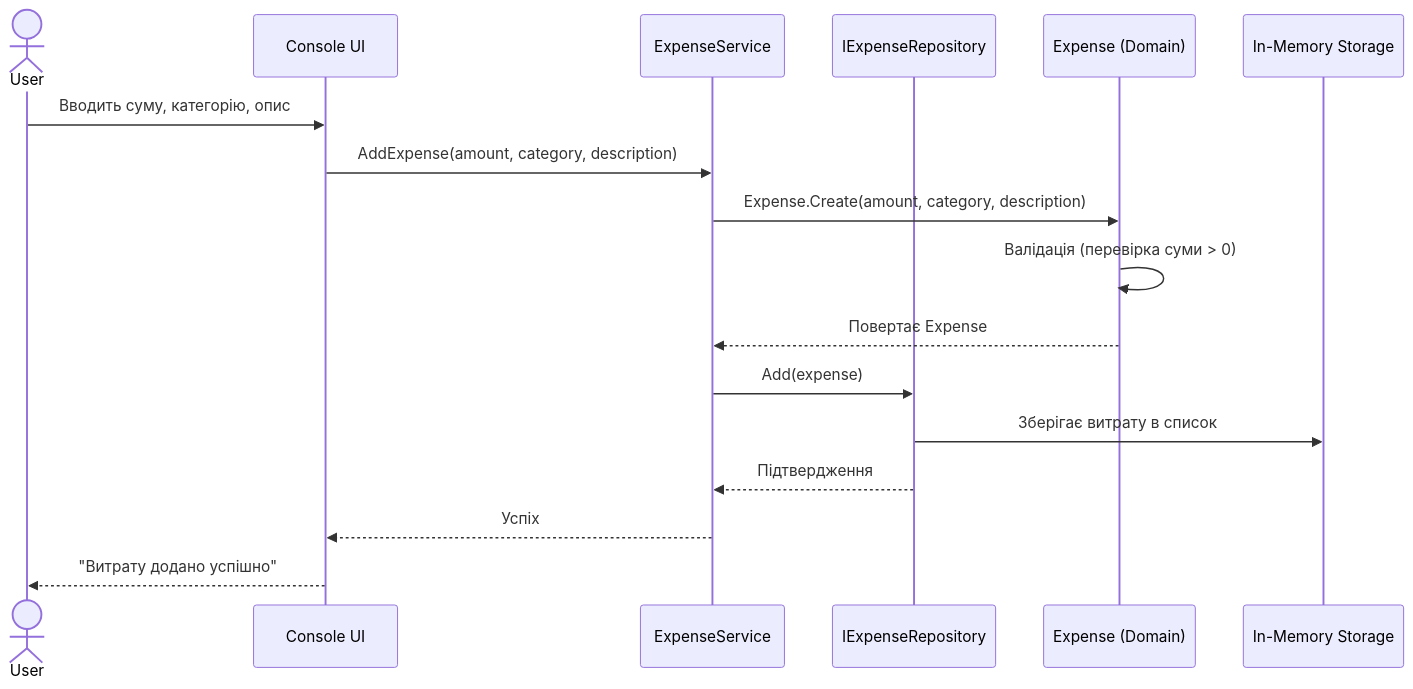
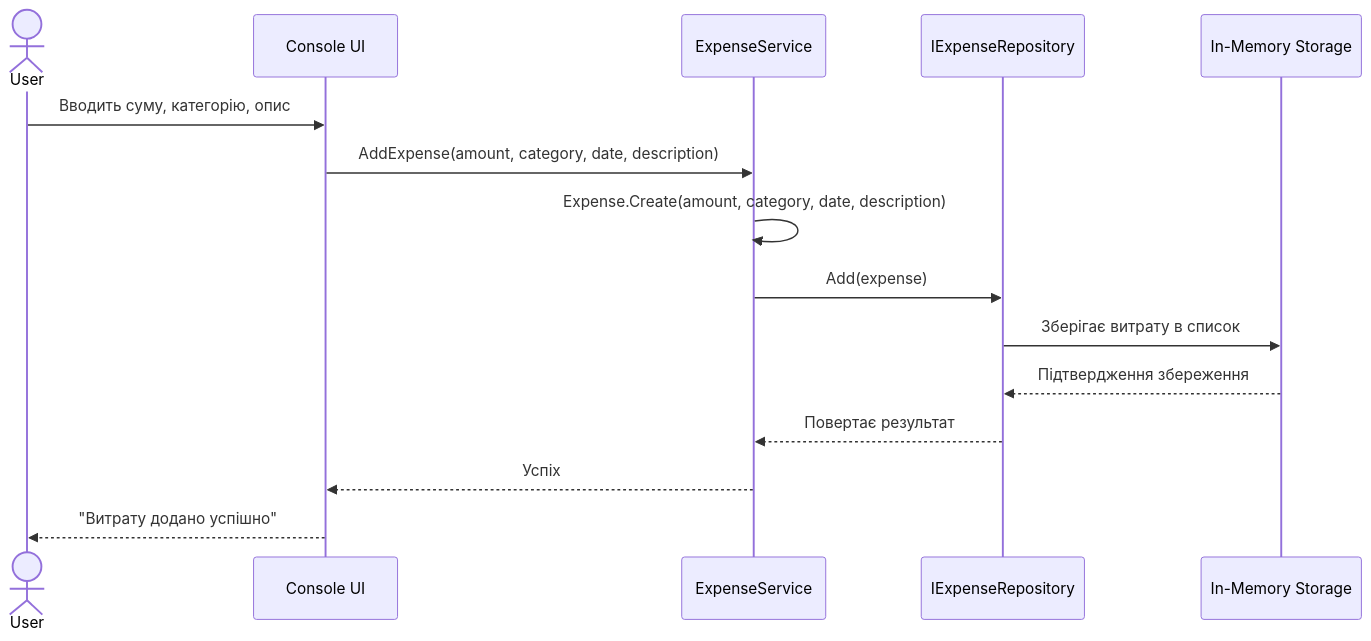
Before and after one commit to dasha024200/ExpenseTracker: the first of 3 diagrams in docs/sequence-diagram.md, drawn with Mermaid. The commit also changed other lines of this file and 9 other files, not shown here.

Commit message:
Lab 34: ExpenseTracker architecture and documentation

````diff
--- a/docs/sequence-diagram.md
+++ b/docs/sequence-diagram.md
@@ -5,20 +5,18 @@
 ```mermaid
 sequenceDiagram
     actor User
     participant Console as Console UI
     participant Service as ExpenseService
-    participant Repo as IExpenseRepository
-    participant Domain as Expense (Domain)
-    participant Memory as In-Memory Storage
+    participant Repository as IExpenseRepository
+    participant Storage as In-Memory Storage
 
     User->>Console: Вводить суму, категорію, опис
-    Console->>Service: AddExpense(amount, category, description)
-    Service->>Domain: Expense.Create(amount, category, description)
-    Domain->>Domain: Валідація (перевірка суми > 0)
-    Domain-->>Service: Повертає Expense
-    Service->>Repo: Add(expense)
-    Repo->>Memory: Зберігає витрату в список
-    Repo-->>Service: Підтвердження
+    Console->>Service: AddExpense(amount, category, date, description)
+    Service->>Service: Expense.Create(amount, category, date, description)
+    Service->>Repository: Add(expense)
+    Repository->>Storage: Зберігає витрату в список
+    Storage-->>Repository: Підтвердження збереження
+    Repository-->>Service: Повертає результат
     Service-->>Console: Успіх
     Console-->>User: "Витрату додано успішно"
 ```
````
